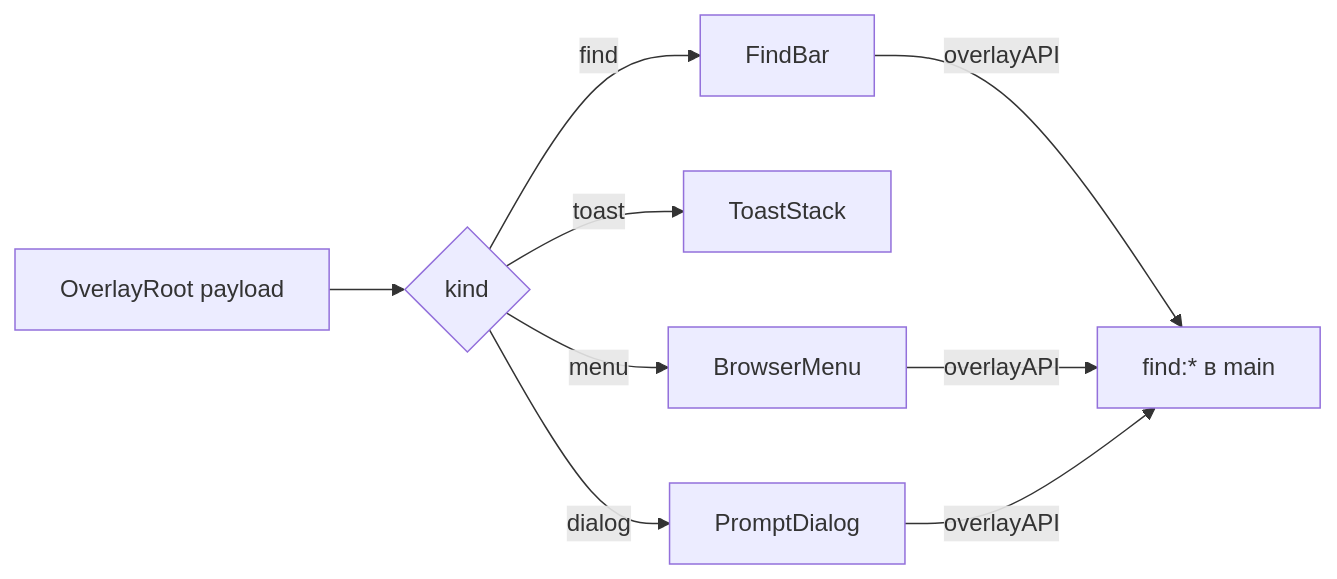
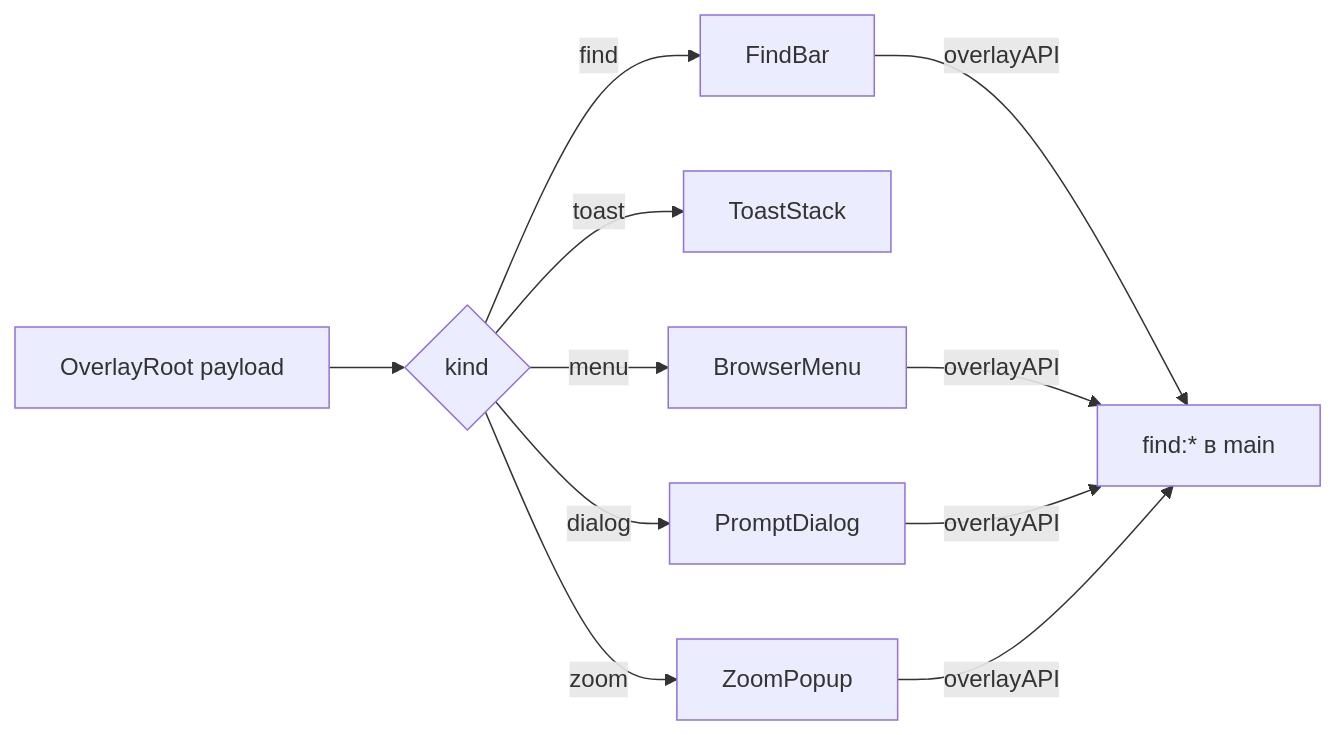
The diagram in src/renderer/docs/OVERLAY_UI.md (trb1mkr/konstruktor), drawn with Mermaid before and after one commit. The commit also changed other lines of this file and 26 other files, not shown here.

````diff
--- a/src/renderer/docs/OVERLAY_UI.md
+++ b/src/renderer/docs/OVERLAY_UI.md
@@ -13,11 +13,13 @@
 ```mermaid
 flowchart LR
   Root[OverlayRoot payload] --> Kind{kind}
   Kind -->|menu| Menu[BrowserMenu]
   Kind -->|toast| Toast[ToastStack]
   Kind -->|dialog| Dialog[PromptDialog]
   Kind -->|find| Find[FindBar]
+  Kind -->|zoom| Zoom[ZoomPopup]
   Find -->|overlayAPI| Main[find:* в main]
   Menu -->|overlayAPI| Main
   Dialog -->|overlayAPI| Main
+  Zoom -->|overlayAPI| Main
 ```
````
